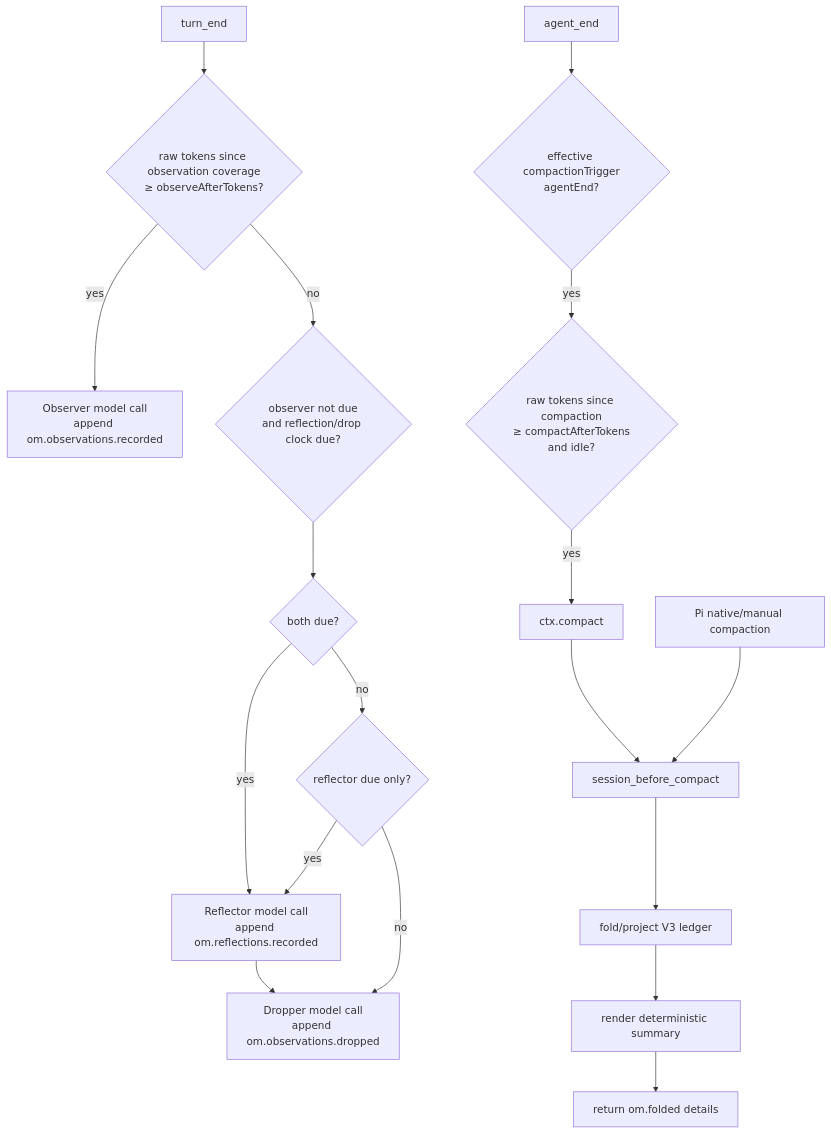
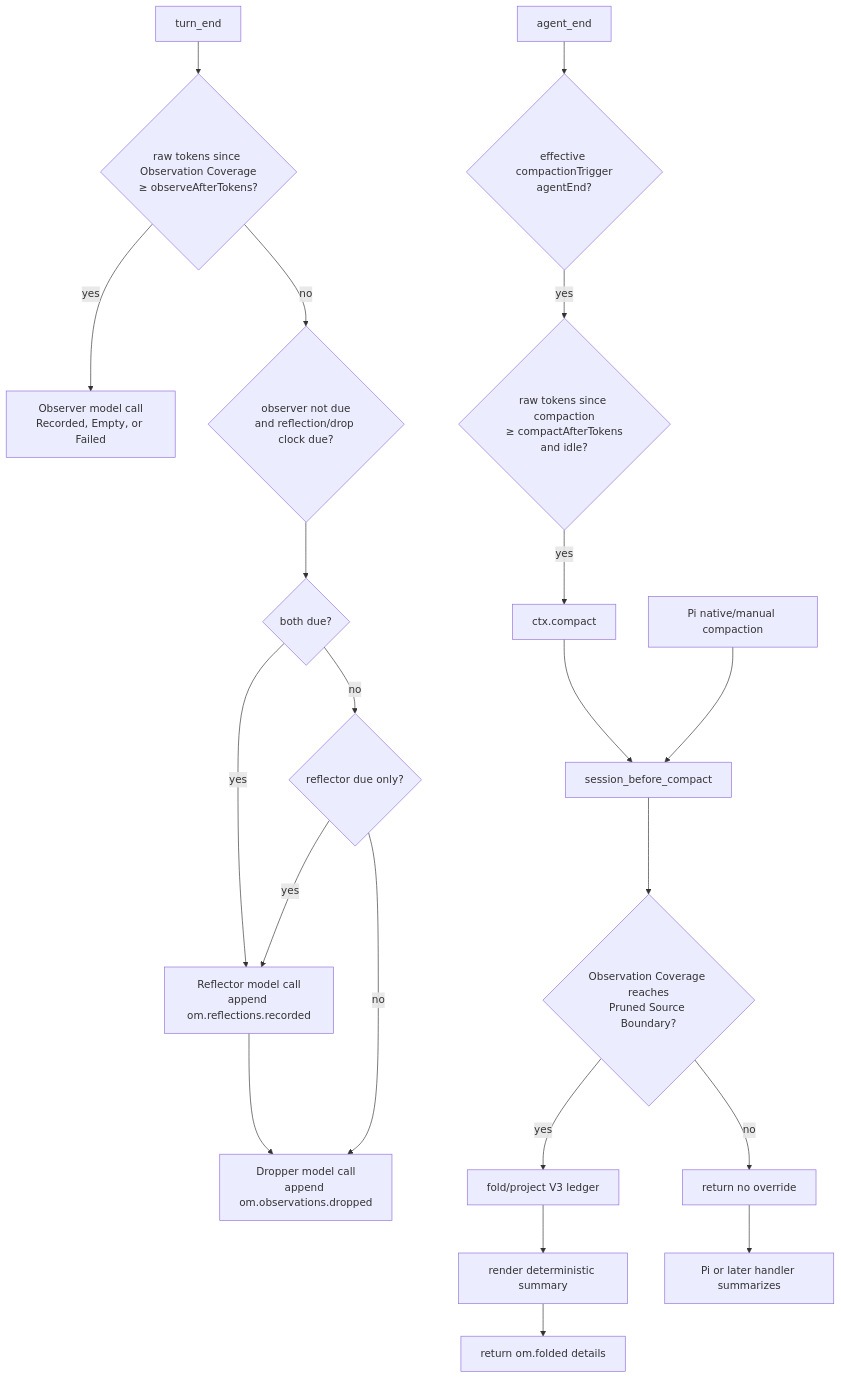
Before and after one commit to Whamp/pi-observational-memory: the diagram in docs/how-it-works.md, drawn with Mermaid. The commit also changed other lines of this file and 21 other files, not shown here.

Commit message:
Enforce Compaction Authority at prune boundary (#4)

````diff
--- a/docs/how-it-works.md
+++ b/docs/how-it-works.md
@@ -23,40 +23,45 @@
 ```mermaid
 flowchart TD
     TE[turn_end]
     AE[agent_end]
     SBC[session_before_compact]
 
-    ObsDue{raw tokens since observation coverage<br/>≥ observeAfterTokens?}
-    Observer[Observer model call<br/>append om.observations.recorded]
+    ObsDue{raw tokens since Observation Coverage<br/>≥ observeAfterTokens?}
+    Observer[Observer model call<br/>Recorded, Empty, or Failed]
 
     ReflectDropDue{observer not due<br/>and reflection/drop clock due?}
     BothDue{both due?}
     ReflectorOnly{reflector due only?}
     Reflector[Reflector model call<br/>append om.reflections.recorded]
     Dropper[Dropper model call<br/>append om.observations.dropped]
 
     TriggerMode{effective compactionTrigger<br/>agentEnd?}
     CompactDue{raw tokens since compaction<br/>≥ compactAfterTokens<br/>and idle?}
     CompactCall[ctx.compact]
     Native[Pi native/manual compaction]
 
+    Authority{Observation Coverage reaches<br/>Pruned Source Boundary?}
     Fold[fold/project V3 ledger]
     Render[render deterministic summary]
     Details[return om.folded details]
+    Delegate[return no override]
+    PiSummary[Pi or later handler summarizes]
 
     TE --> ObsDue
     ObsDue -- yes --> Observer
     ObsDue -- no --> ReflectDropDue
     ReflectDropDue --> BothDue
     BothDue -- yes --> Reflector --> Dropper
     BothDue -- no --> ReflectorOnly
     ReflectorOnly -- yes --> Reflector
     ReflectorOnly -- no --> Dropper
 
     AE --> TriggerMode
     TriggerMode -- yes --> CompactDue
     CompactDue -- yes --> CompactCall
     CompactCall --> SBC
     Native --> SBC
-    SBC --> Fold --> Render --> Details
+    SBC --> Authority
+    Authority -- yes --> Fold --> Render --> Details
+    Authority -- no --> Delegate --> PiSummary
 ```
````
